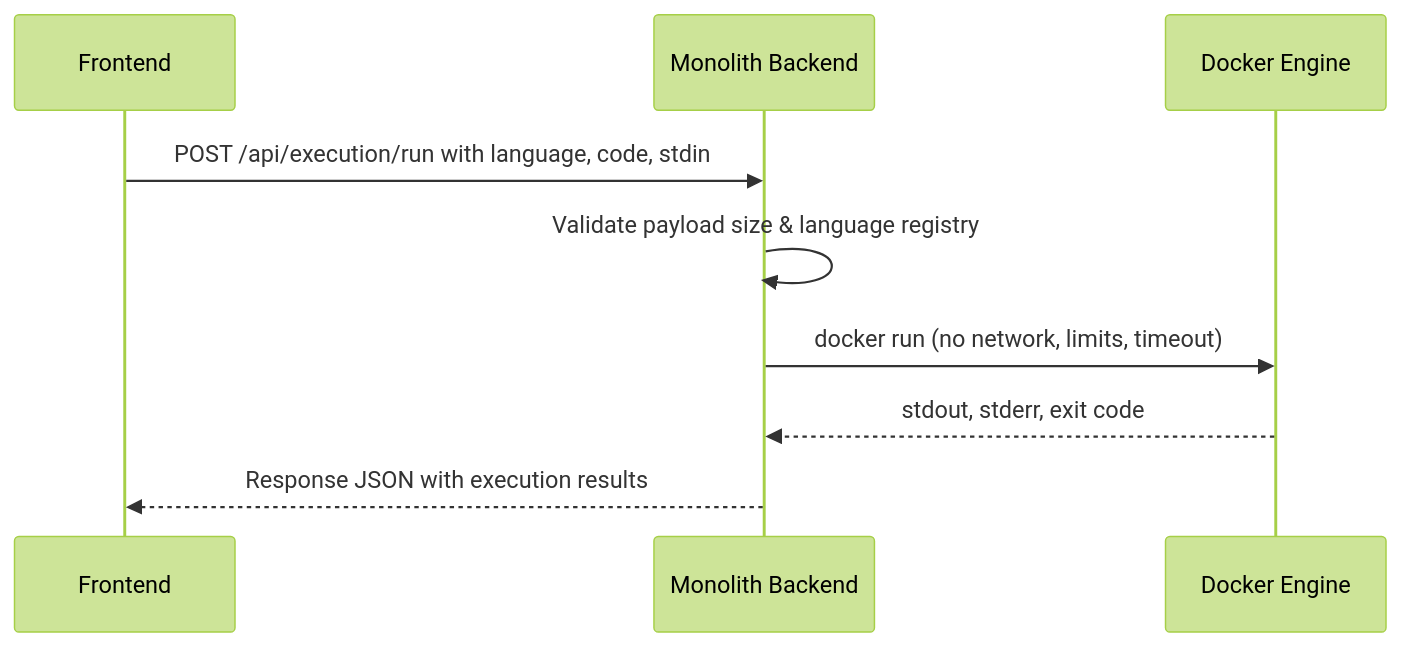
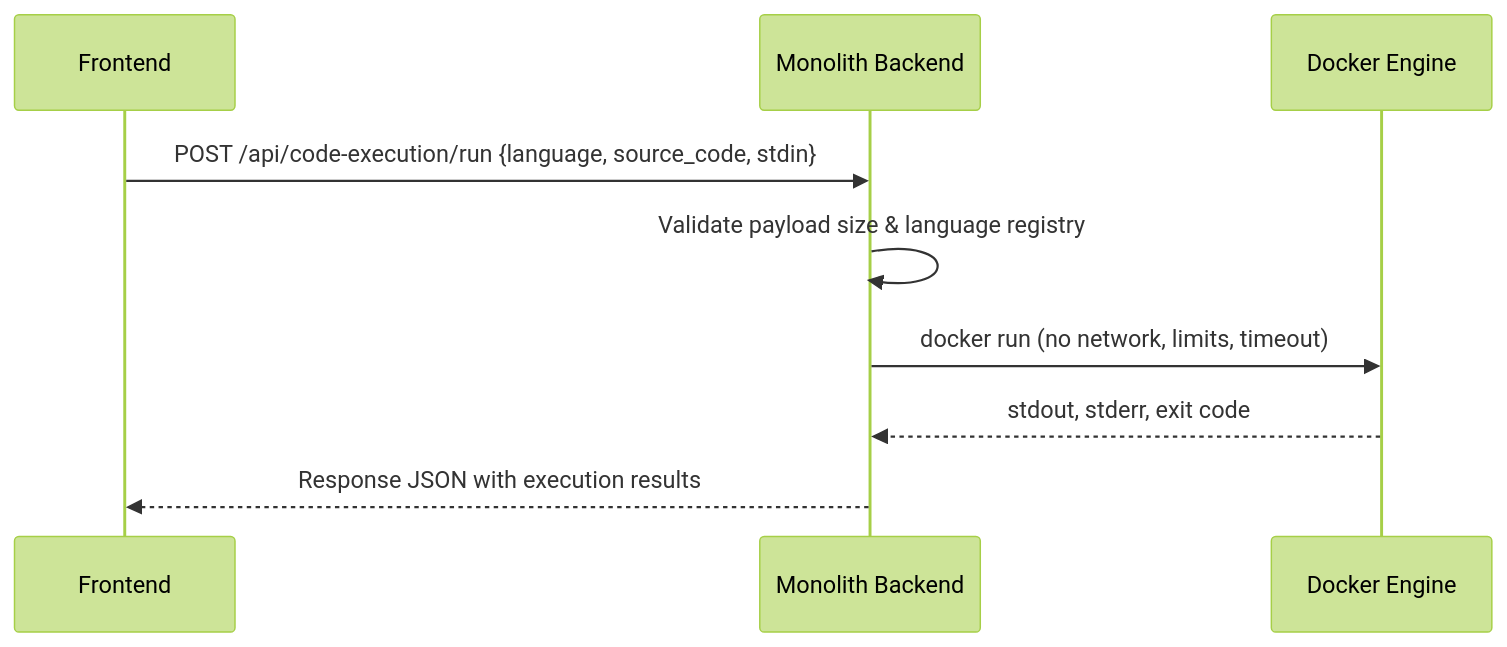
The fourth of 5 diagrams in docs/02-architecture-hld.md (123suraj-sky/DevOps-Suite), drawn with Mermaid (forest theme) before and after one commit. The commit also changed other lines of this file and 11 other files, not shown here.

````diff
--- a/docs/02-architecture-hld.md
+++ b/docs/02-architecture-hld.md
@@ -55,12 +64,12 @@
 ```mermaid
 sequenceDiagram
     participant FE as Frontend
     participant MN as Monolith Backend
     participant D as Docker Engine
 
-    FE->>MN: POST /api/execution/run with language, code, stdin
+    FE->>MN: POST /api/code-execution/run {language, source_code, stdin}
     MN->>MN: Validate payload size & language registry
     MN->>D: docker run (no network, limits, timeout)
     D-->>MN: stdout, stderr, exit code
     MN-->>FE: Response JSON with execution results
 ```
````
